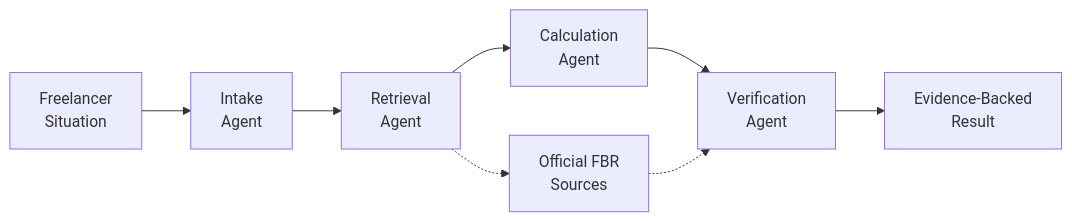
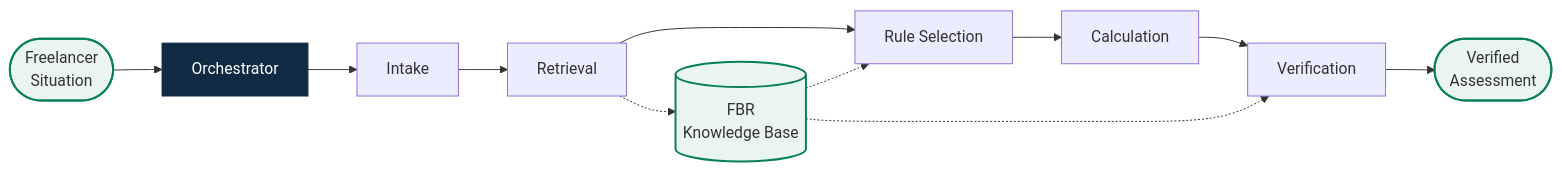
Before and after one commit to ayeshakhawar217-cmd/FBR-FreelanceGuide: the first of 2 diagrams in README.md, drawn with Mermaid. The commit also changed other lines of this file, not shown here.

````diff
--- a/README.md
+++ b/README.md
@@ -38,11 +28,19 @@
 ```mermaid
 flowchart LR
-    A["Freelancer<br/>Situation"] --> B["Intake<br/>Agent"]
-    B --> C["Retrieval<br/>Agent"]
-    C --> D["Calculation<br/>Agent"]
-    D --> E["Verification<br/>Agent"]
-    E --> F["Evidence-Backed<br/>Result"]
+    A(["Freelancer<br/>Situation"]) --> B["Orchestrator"]
+    B --> C["Intake"]
+    C --> D["Retrieval"]
+    D --> E["Rule Selection"]
+    E --> F["Calculation"]
+    F --> G["Verification"]
+    G --> H(["Verified<br/>Assessment"])
 
-    C -.-> G["Official FBR<br/>Sources"]
-    G -.-> E
+    D -.-> I[("FBR<br/>Knowledge Base")]
+    I -.-> E
+    I -.-> G
+
+    style A fill:#EAF5F0,stroke:#087F5B,stroke-width:2px
+    style H fill:#EAF5F0,stroke:#087F5B,stroke-width:2px
+    style B fill:#102A43,color:#fff,stroke:#102A43
+    style I fill:#EAF5F0,stroke:#087F5B,stroke-width:2px
 ```
````
